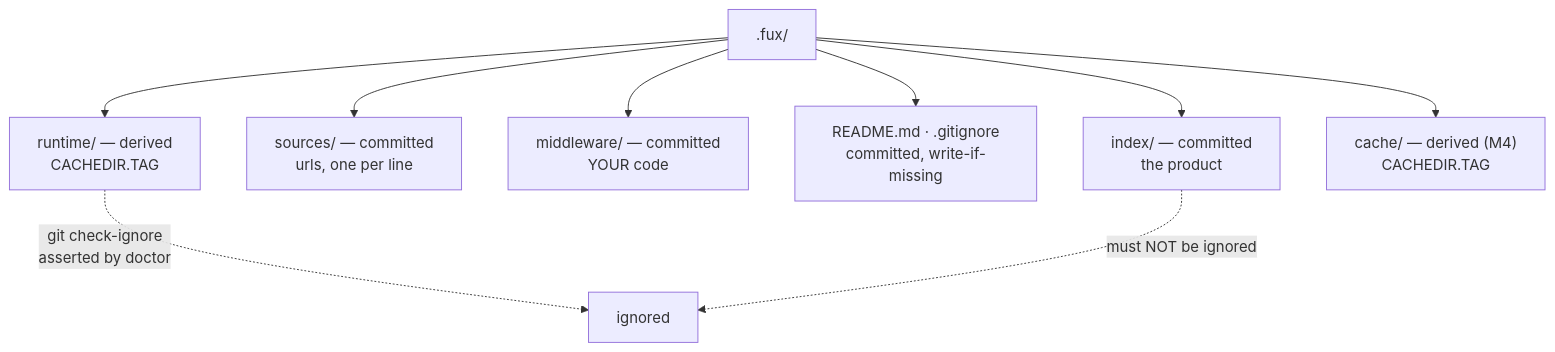
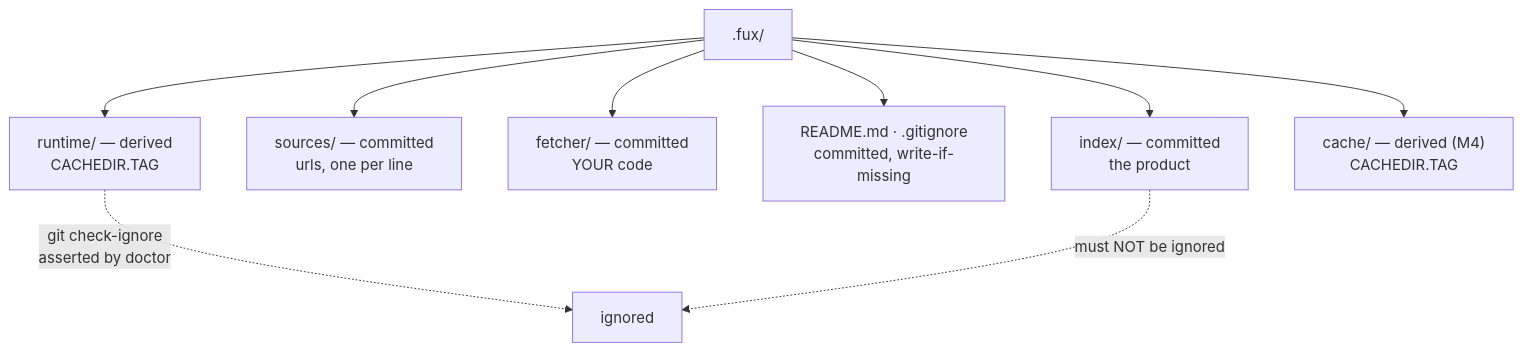
Before and after one commit to arpitarya/fux: the diagram in docs/adr/0003_fux-directory.md, drawn with Mermaid. The commit also changed other lines of this file and 72 other files, not shown here.

````diff
--- a/docs/adr/0003_fux-directory.md
+++ b/docs/adr/0003_fux-directory.md
@@ -44,12 +44,12 @@
 ```mermaid
 flowchart TD
     F[".fux/"]
     F --> C1["index/ — committed<br/>the product"]
     F --> C2["sources/ — committed<br/>urls, one per line"]
-    F --> C3["middleware/ — committed<br/>YOUR code"]
+    F --> C3["fetcher/ — committed<br/>YOUR code"]
     F --> C4["README.md · .gitignore<br/>committed, write-if-missing"]
     F --> D1["runtime/ — derived<br/>CACHEDIR.TAG"]
     F --> D2["cache/ — derived (M4)<br/>CACHEDIR.TAG"]
     D1 -.->|"git check-ignore<br/>asserted by doctor"| G["ignored"]
     C1 -.->|"must NOT be ignored"| G
 ```
````
